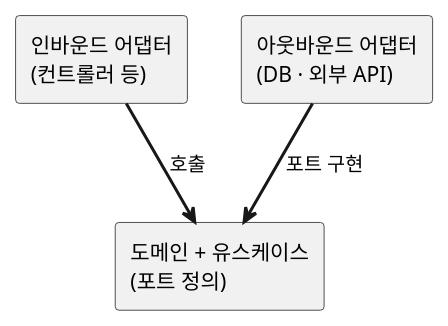
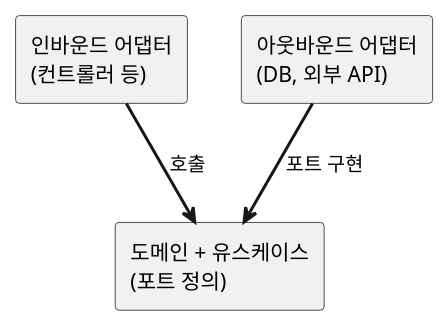
Before and after one commit to johnycho/johny-dev: the second of 3 diagrams in blog/2026-08-24-hexagonal-multimodule.mdx, drawn with PlantUML. The commit also changed other lines of this file and 188 other files, not shown here.

````diff
--- a/blog/2026-08-24-hexagonal-multimodule.mdx
+++ b/blog/2026-08-24-hexagonal-multimodule.mdx
@@ -176,13 +176,13 @@
 ```plantuml
 @startuml
 skinparam componentStyle rectangle
 skinparam defaultFontName sans-serif
 
 component "인바운드 어댑터\n(컨트롤러 등)" as IN
 component "도메인 + 유스케이스\n(포트 정의)" as CORE
-component "아웃바운드 어댑터\n(DB · 외부 API)" as OUT
+component "아웃바운드 어댑터\n(DB, 외부 API)" as OUT
 
 IN ==> CORE : 호출
 OUT ==> CORE : 포트 구현
 @enduml
 ```
````
